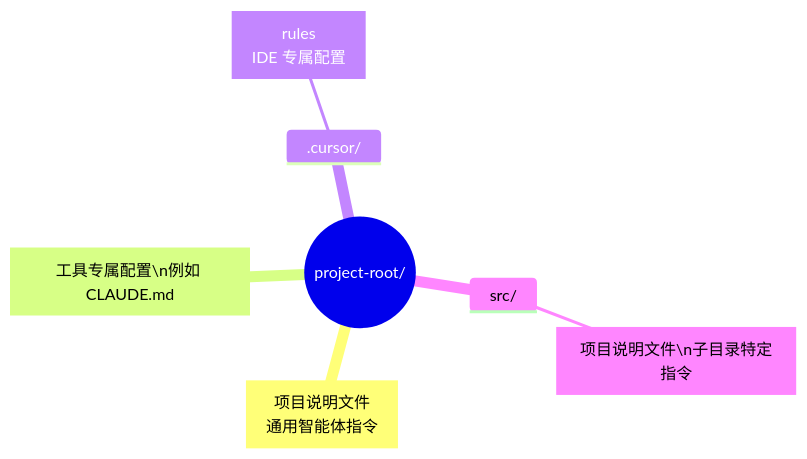
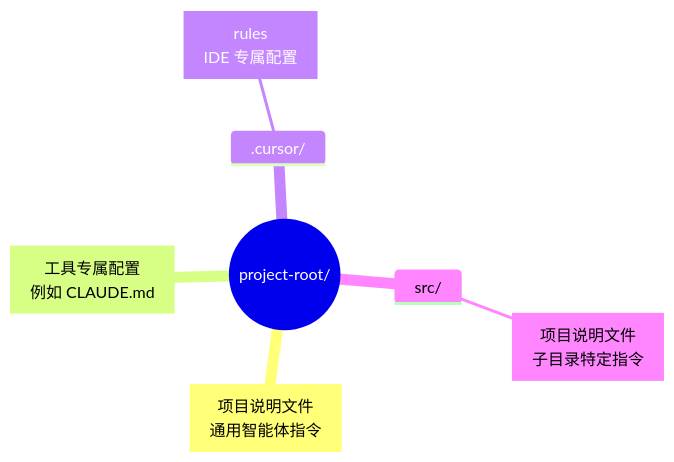
The second of 2 diagrams in 12_appendix/12.3_agents_md.md (yeasy/agentic_ai_guide), drawn with Mermaid before and after one commit. The commit also changed other lines of this file and 3 other files, not shown here.

````diff
--- a/12_appendix/12.3_agents_md.md
+++ b/12_appendix/12.3_agents_md.md
@@ -308,10 +342,10 @@
 ```mermaid
 mindmap
     root((project-root/))
         AgentDoc["项目说明文件<br>通用智能体指令"]
-        ToolCfg["工具专属配置\n例如 CLAUDE.md"]
+        ToolCfg["工具专属配置<br>例如 CLAUDE.md"]
         .cursor/
             rules["rules<br>IDE 专属配置"]
         src/
-            AgentDocSub["项目说明文件\n子目录特定指令"]
+            AgentDocSub["项目说明文件<br>子目录特定指令"]
 ```
````
